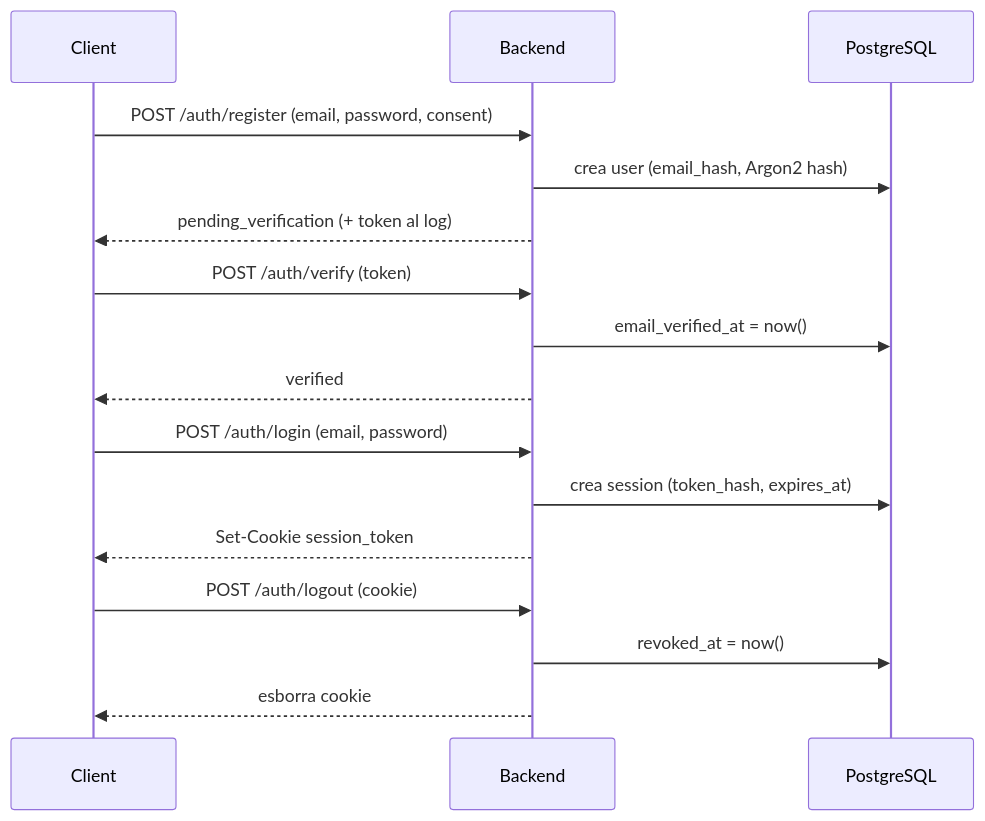
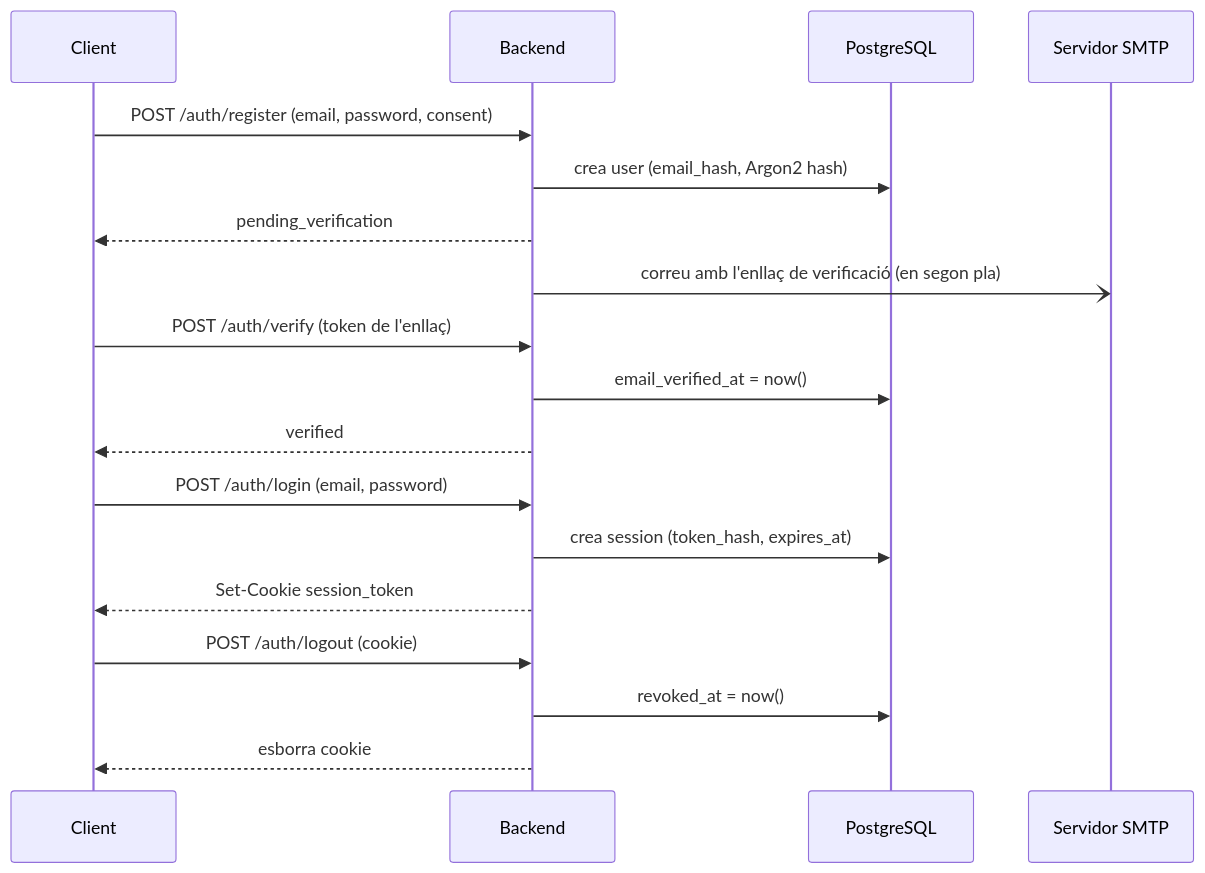
The diagram in docs/usuaris_autenticacio.md (Softcatala/arena-cat), drawn with Mermaid before and after one commit. The commit also changed other lines of this file and 21 other files, not shown here.

First line of the commit message:
feat: verificació del correu electrònic amb enviament per SMTP (#72)

````diff
--- a/docs/usuaris_autenticacio.md
+++ b/docs/usuaris_autenticacio.md
@@ -184,19 +210,21 @@
 ```mermaid
 sequenceDiagram
     participant C as Client
     participant API as Backend
     participant DB as PostgreSQL
+    participant M as Servidor SMTP
 
     C->>API: POST /auth/register (email, password, consent)
     API->>DB: crea user (email_hash, Argon2 hash)
-    API-->>C: pending_verification (+ token al log)
-    C->>API: POST /auth/verify (token)
+    API-->>C: pending_verification
+    API-)M: correu amb l'enllaç de verificació (en segon pla)
+    C->>API: POST /auth/verify (token de l'enllaç)
     API->>DB: email_verified_at = now()
     API-->>C: verified
     C->>API: POST /auth/login (email, password)
     API->>DB: crea session (token_hash, expires_at)
     API-->>C: Set-Cookie session_token
     C->>API: POST /auth/logout (cookie)
     API->>DB: revoked_at = now()
     API-->>C: esborra cookie
 ```
````
